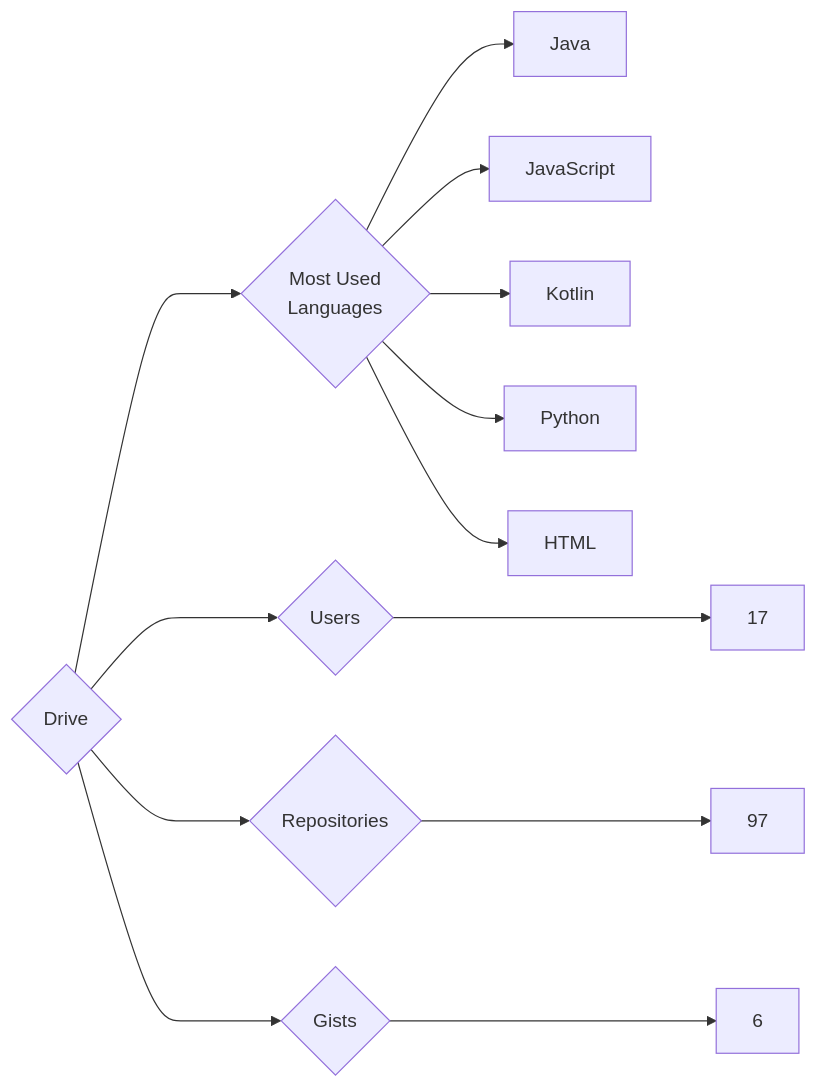
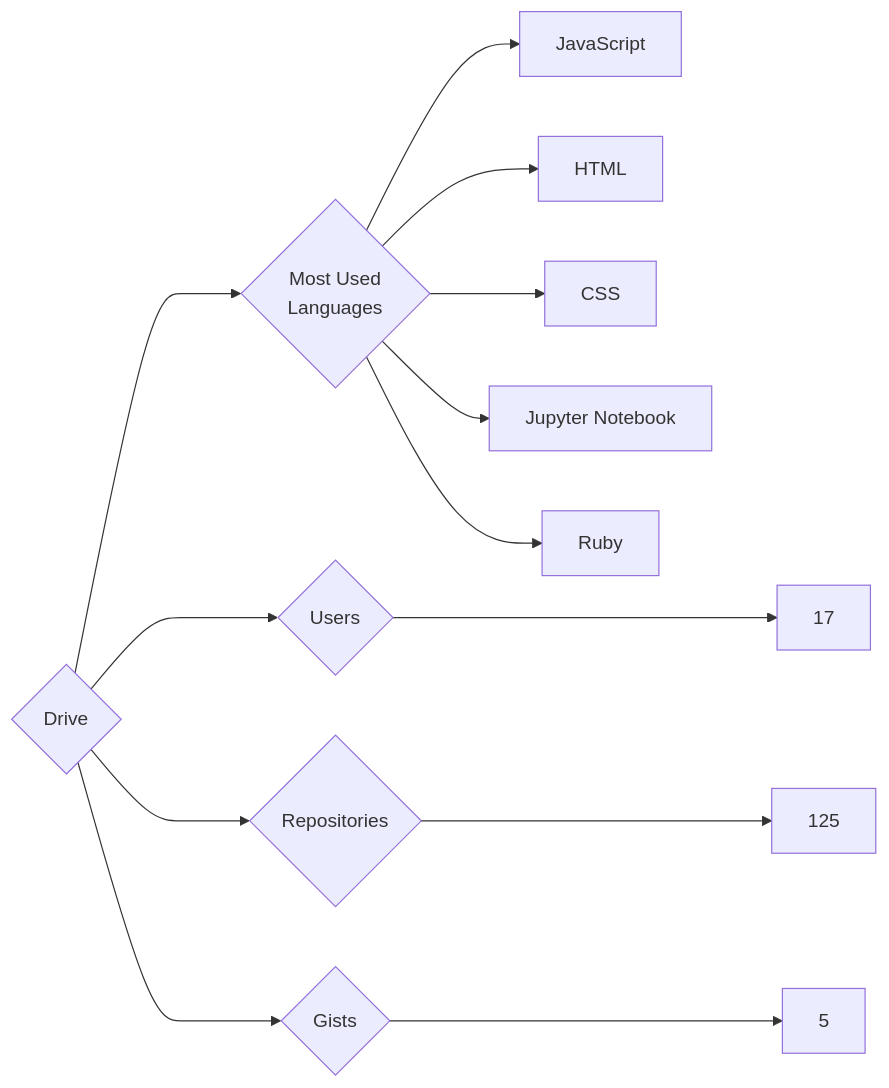
Before and after one commit to trickest/insiders: the diagram in targets/Drive/README.md, drawn with Mermaid. The commit also changed 644 other files, not shown here.

````diff
--- a/targets/Drive/README.md
+++ b/targets/Drive/README.md
@@ -3,13 +3,13 @@
 ```mermaid
 graph LR
 COMPANY_NAME{Drive}
 COMPANY_NAME ---> U{Users} ---> UN[17]
-COMPANY_NAME ---> R{Repositories} ---> RN[97]
-COMPANY_NAME ---> G{Gists} ---> GN[6]
+COMPANY_NAME ---> R{Repositories} ---> RN[125]
+COMPANY_NAME ---> G{Gists} ---> GN[5]
 COMPANY_NAME ---> ML{Most Used<br>Languages}
-ML --> Java[Java]
 ML --> JavaScript[JavaScript]
-ML --> Kotlin[Kotlin]
-ML --> Python[Python]
 ML --> HTML[HTML]
+ML --> CSS[CSS]
+ML --> Jupyter_Notebook[Jupyter Notebook]
+ML --> Ruby[Ruby]
 ```
````
